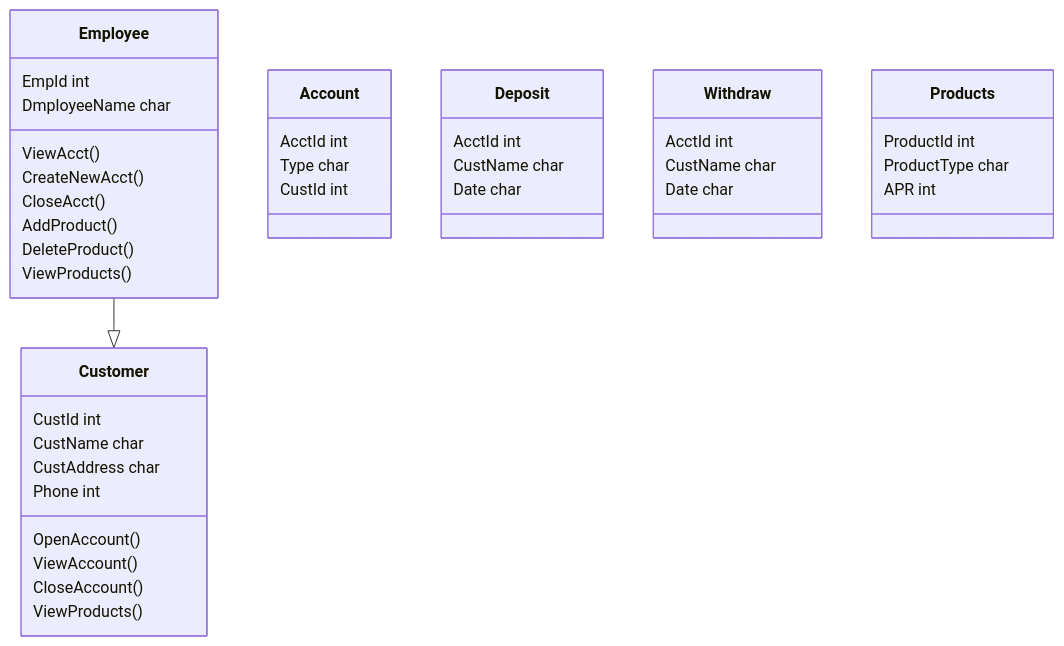
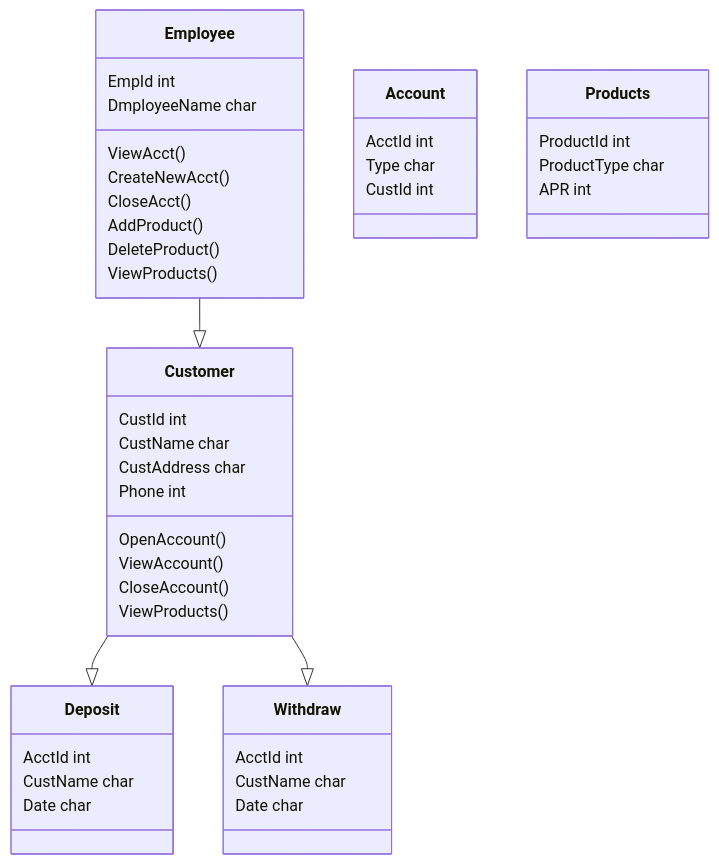
One commit to Marcus-Snell/Test changed the diagram in mermaid.md. Above: the diagram before and after it, drawn with Mermaid.

````diff
--- a/mermaid.md
+++ b/mermaid.md
@@ -1,42 +1,43 @@
 ```mermaid
 classDiagram
 Employee --|> Customer
 Employee : EmpId int
 Employee : DmployeeName char
 Employee : ViewAcct()
 Employee : CreateNewAcct()
 Employee : CloseAcct()
 Employee : AddProduct()
 Employee : DeleteProduct()
 Employee : ViewProducts()
 
-Customer
+Customer --|> Deposit
+Customer --|> Withdraw
 Customer : CustId int
 Customer : CustName char
 Customer : CustAddress char
 Customer : Phone int
 Customer : OpenAccount()
 Customer : ViewAccount()
 Customer : CloseAccount()
 Customer : ViewProducts()
 
 Account
 Account : AcctId int
 Account : Type char
 Account : CustId int
 
 Deposit
 Deposit : AcctId int
 Deposit : CustName char
 Deposit : Date char
 
 Withdraw
 Withdraw : AcctId int
 Withdraw : CustName char
 Withdraw : Date char
 
 Products
 Products : ProductId int
 Products : ProductType char
 Products : APR int
 ```
````
